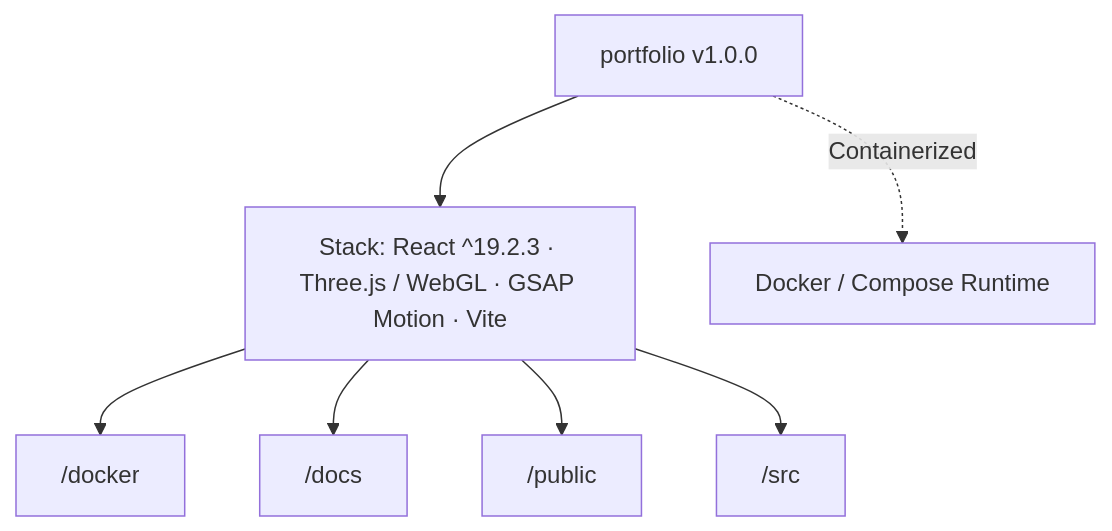
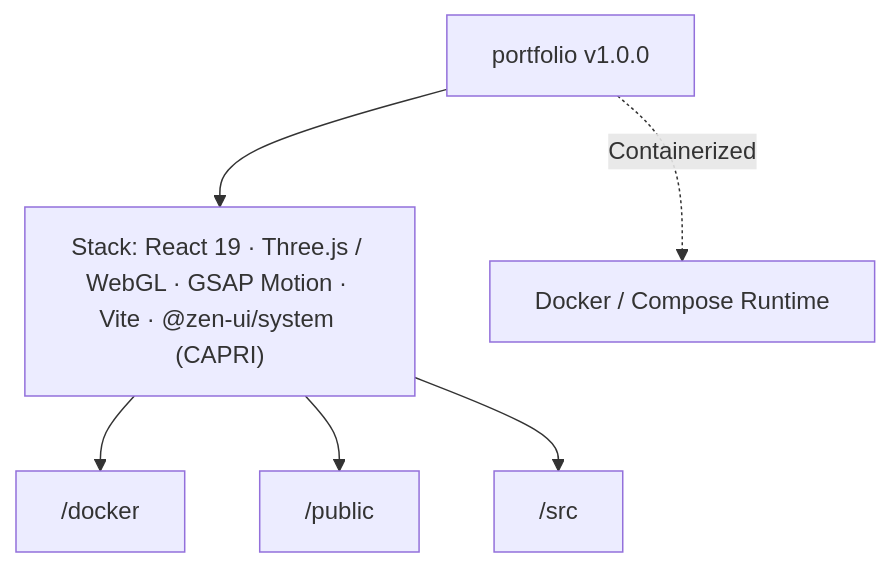
Before and after one commit to lukaspabst/portfolio-threebody: the diagram in docs/CAPRI-ARCHITECTURE.md, drawn with Mermaid. The commit also changed other lines of this file, not shown here.

Commit message:
docs(capri): sync Obsidian frontmatter and executive summary in CAPRI-ARCHITECTURE.md

````diff
--- a/docs/CAPRI-ARCHITECTURE.md
+++ b/docs/CAPRI-ARCHITECTURE.md
@@ -18,16 +27,14 @@
 ```mermaid
 flowchart TD
   Repo["portfolio v1.0.0"]
-  Stack["Stack: React ^19.2.3 · Three.js / WebGL · GSAP Motion · Vite"]
+  Stack["Stack: React 19 · Three.js / WebGL · GSAP Motion · Vite · @zen-ui/system (CAPRI)"]
   Repo --> Stack
   N0_docker["/docker"]
   Stack --> N0_docker
-  N1_docs["/docs"]
-  Stack --> N1_docs
-  N2_public["/public"]
-  Stack --> N2_public
-  N3_src["/src"]
-  Stack --> N3_src
+  N1_public["/public"]
+  Stack --> N1_public
+  N2_src["/src"]
+  Stack --> N2_src
   Docker["Docker / Compose Runtime"]
   Repo -.->|"Containerized"| Docker
 ```
````
